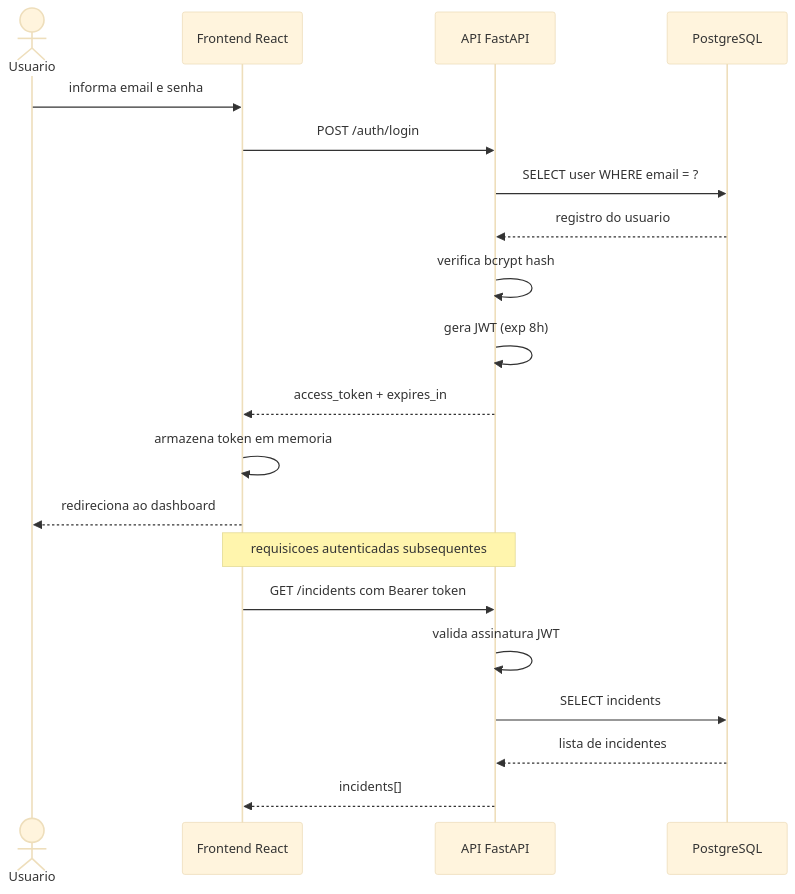
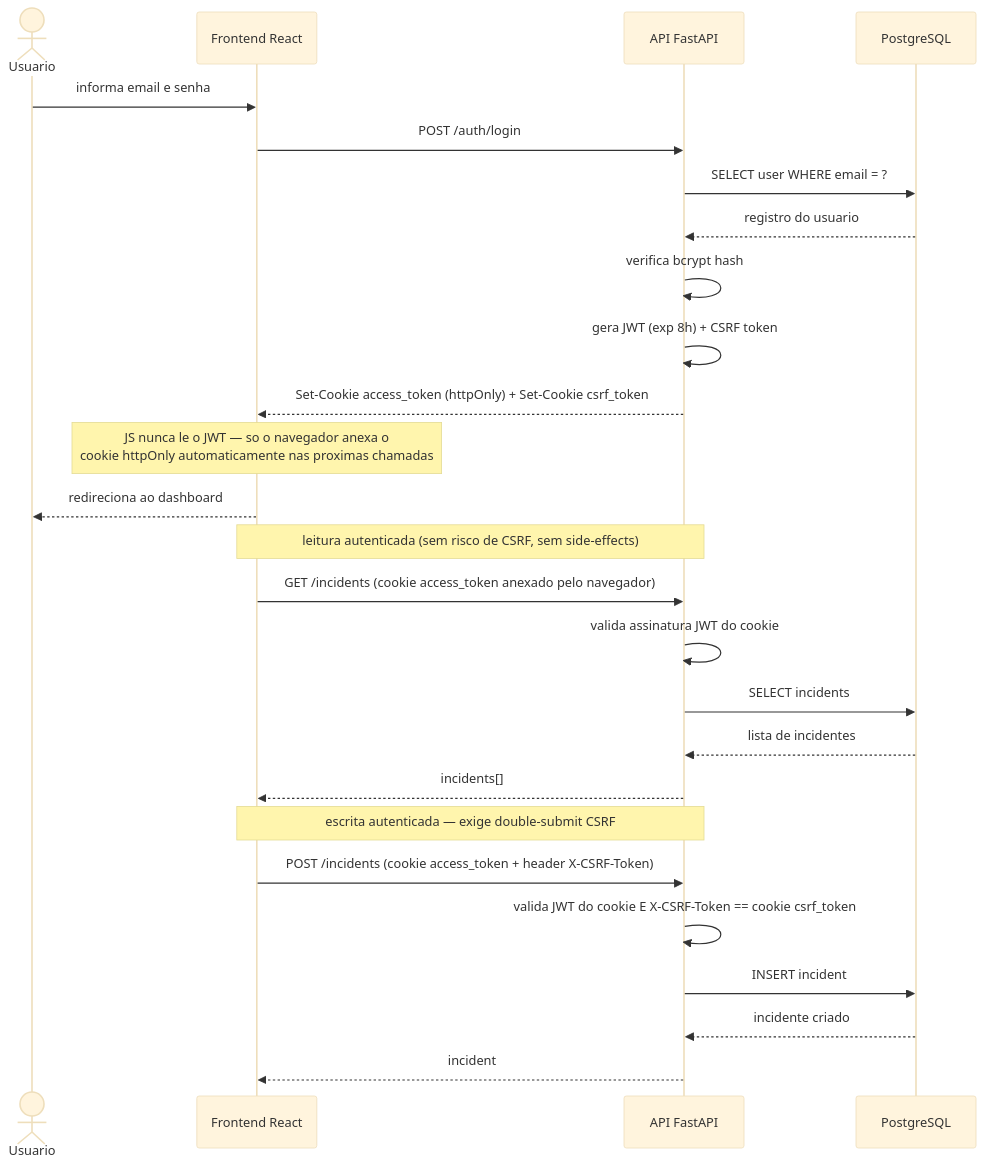
Before and after one commit to kirbykernel/Incident-Guard: the diagram in docs/uml/sequence-login.md, drawn with Mermaid (base theme). The commit also changed 32 other files, not shown here.

First line of the commit message:
Adiciona frontend React e migra sessão para cookie httpOnly + CSRF

````diff
--- a/docs/uml/sequence-login.md
+++ b/docs/uml/sequence-login.md
@@ -1,24 +1,31 @@
 ```mermaid
 sequenceDiagram
   actor U as Usuario
   participant FE as Frontend React
   participant API as API FastAPI
   participant DB as PostgreSQL
 
   U->>FE: informa email e senha
   FE->>API: POST /auth/login
   API->>DB: SELECT user WHERE email = ?
   DB-->>API: registro do usuario
   API->>API: verifica bcrypt hash
-  API->>API: gera JWT (exp 8h)
-  API-->>FE: access_token + expires_in
-  FE->>FE: armazena token em memoria
+  API->>API: gera JWT (exp 8h) + CSRF token
+  API-->>FE: Set-Cookie access_token (httpOnly) + Set-Cookie csrf_token
+  Note over FE: JS nunca le o JWT — so o navegador anexa o<br/>cookie httpOnly automaticamente nas proximas chamadas
   FE-->>U: redireciona ao dashboard
 
-  Note over FE,API: requisicoes autenticadas subsequentes
-  FE->>API: GET /incidents com Bearer token
-  API->>API: valida assinatura JWT
+  Note over FE,API: leitura autenticada (sem risco de CSRF, sem side-effects)
+  FE->>API: GET /incidents (cookie access_token anexado pelo navegador)
+  API->>API: valida assinatura JWT do cookie
   API->>DB: SELECT incidents
   DB-->>API: lista de incidentes
   API-->>FE: incidents[]
+
+  Note over FE,API: escrita autenticada — exige double-submit CSRF
+  FE->>API: POST /incidents (cookie access_token + header X-CSRF-Token)
+  API->>API: valida JWT do cookie E X-CSRF-Token == cookie csrf_token
+  API->>DB: INSERT incident
+  DB-->>API: incidente criado
+  API-->>FE: incident
 ```
````
